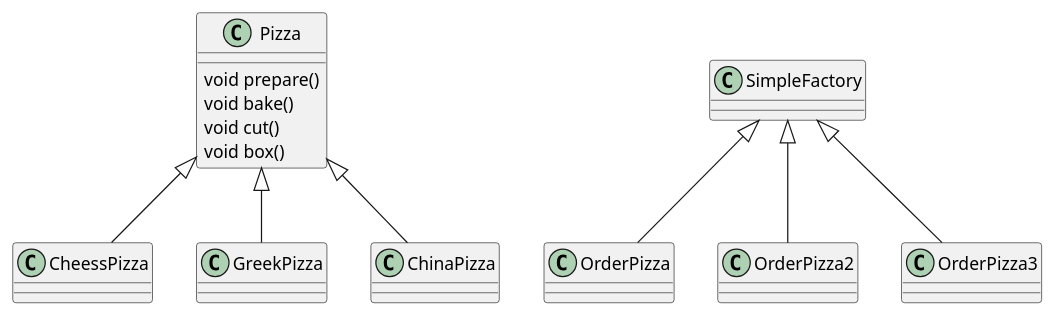
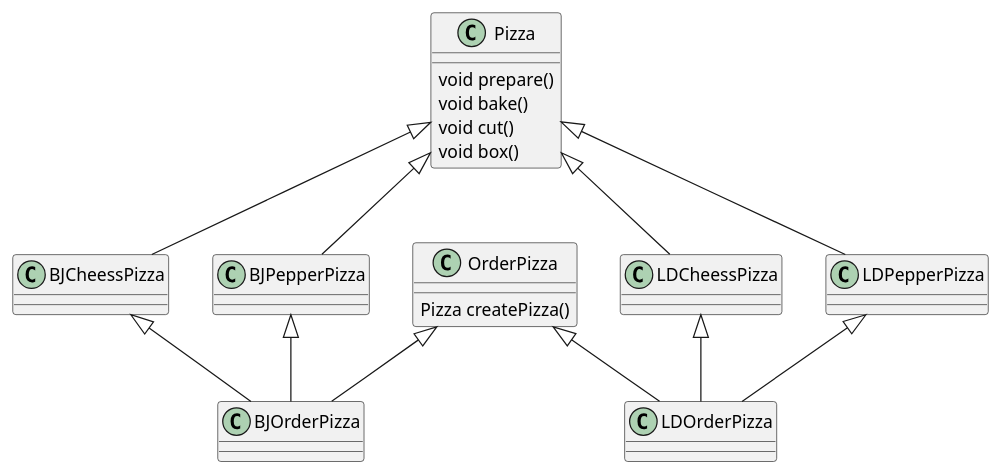
Before and after one commit to hxs1216/DesignPattern: the diagram in out/production/DesignPattern/com/biyao/factory/methodfactory/simplefactory.puml, drawn with PlantUML. The commit also changed 15 other files, not shown here.

```diff
--- a/out/production/DesignPattern/com/biyao/factory/methodfactory/simplefactory.puml
+++ b/out/production/DesignPattern/com/biyao/factory/methodfactory/simplefactory.puml
@@ -1,25 +1,32 @@
 @startuml
 
-class CheessPizza
-class GreekPizza
-class ChinaPizza
+class BJCheessPizza
+class BJPepperPizza
+class LDCheessPizza
+class LDPepperPizza
 class Pizza {
 void prepare()
 void bake()
 void cut()
 void box()
 }
-Pizza <|-- CheessPizza
-Pizza <|-- GreekPizza
-Pizza <|-- ChinaPizza
+Pizza <|-- BJCheessPizza
+Pizza <|-- BJPepperPizza
+Pizza <|-- LDCheessPizza
+Pizza <|-- LDPepperPizza
 
-class SimpleFactory
-class OrderPizza
-class OrderPizza2
-class OrderPizza3
+class BJOrderPizza
+class LDOrderPizza
 
-SimpleFactory <|-- OrderPizza
-SimpleFactory <|-- OrderPizza2
-SimpleFactory <|-- OrderPizza3
 
+BJCheessPizza <|-- BJOrderPizza
+BJPepperPizza <|-- BJOrderPizza
+LDCheessPizza <|-- LDOrderPizza
+LDPepperPizza <|-- LDOrderPizza
+
+class OrderPizza{
+Pizza createPizza()
+}
+OrderPizza <|-- BJOrderPizza
+OrderPizza <|-- LDOrderPizza
 @enduml
```
